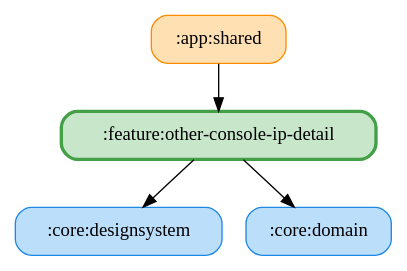
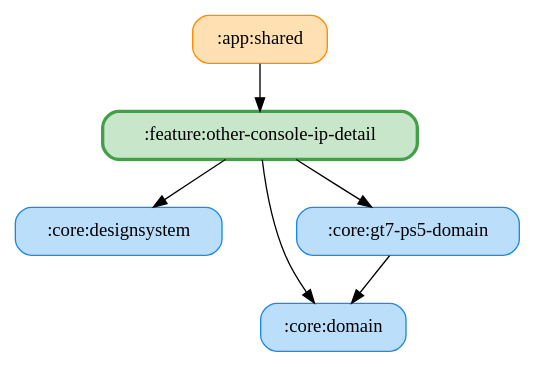
One commit to ai-kurou/KoDriver changed the diagram in docs/graphs/feature-other-console-ip-detail.gv. Above: the diagram before and after it, drawn with Graphviz. The commit also changed 31 other files, not shown here.

Commit message:
chore: update module graph images

```diff
--- a/docs/graphs/feature-other-console-ip-detail.gv
+++ b/docs/graphs/feature-other-console-ip-detail.gv
@@ -1,11 +1,14 @@
 digraph G {
   rankdir=TB
   node [shape=box, style="rounded,filled"]
   ":app:shared" [fillcolor="#FFE0B2", color="#FB8C00", penwidth=1]
   ":core:designsystem" [fillcolor="#BBDEFB", color="#1E88E5", penwidth=1]
   ":core:domain" [fillcolor="#BBDEFB", color="#1E88E5", penwidth=1]
+  ":core:gt7-ps5-domain" [fillcolor="#BBDEFB", color="#1E88E5", penwidth=1]
   ":feature:other-console-ip-detail" [fillcolor="#C8E6C9", color="#43A047", penwidth=2.5]
   ":app:shared" -> ":feature:other-console-ip-detail"
+  ":core:gt7-ps5-domain" -> ":core:domain"
   ":feature:other-console-ip-detail" -> ":core:domain"
+  ":feature:other-console-ip-detail" -> ":core:gt7-ps5-domain"
   ":feature:other-console-ip-detail" -> ":core:designsystem"
 }
```
